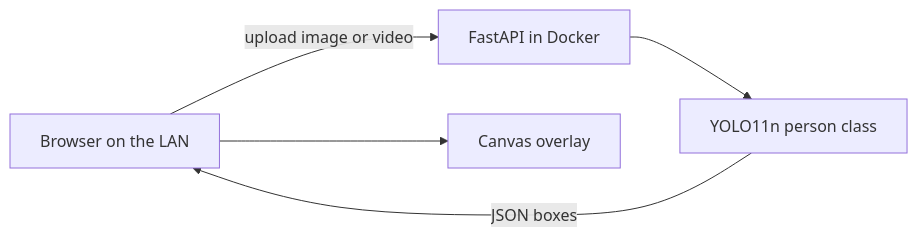
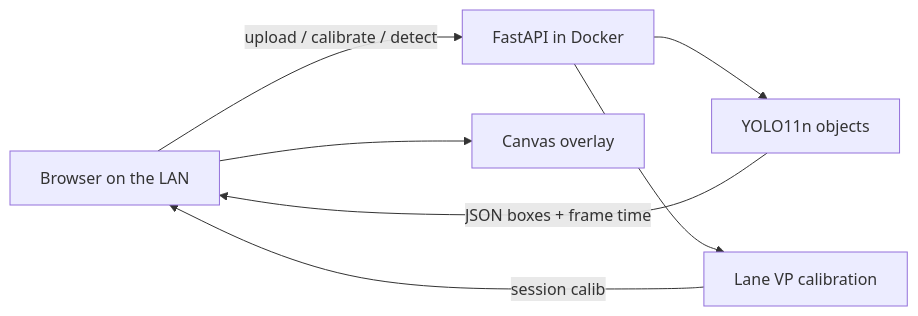
One commit to KojiTanaka2025/DashADAS changed the diagram in README.md. Above: the diagram before and after it, drawn with Mermaid. The commit also changed other lines of this file and 3 other files, not shown here.

````diff
--- a/README.md
+++ b/README.md
@@ -186,7 +189,9 @@
 ```mermaid
 flowchart LR
-  browser["Browser on the LAN"] -->|"upload image or video"| api["FastAPI in Docker"]
-  api --> yolo["YOLO11n person class"]
-  yolo -->|"JSON boxes"| browser
+  browser["Browser on the LAN"] -->|"upload / calibrate / detect"| api["FastAPI in Docker"]
+  api --> yolo["YOLO11n objects"]
+  api --> lanes["Lane VP calibration"]
+  yolo -->|"JSON boxes + frame time"| browser
+  lanes -->|"session calib"| browser
   browser --> canvas["Canvas overlay"]
 ```
````
